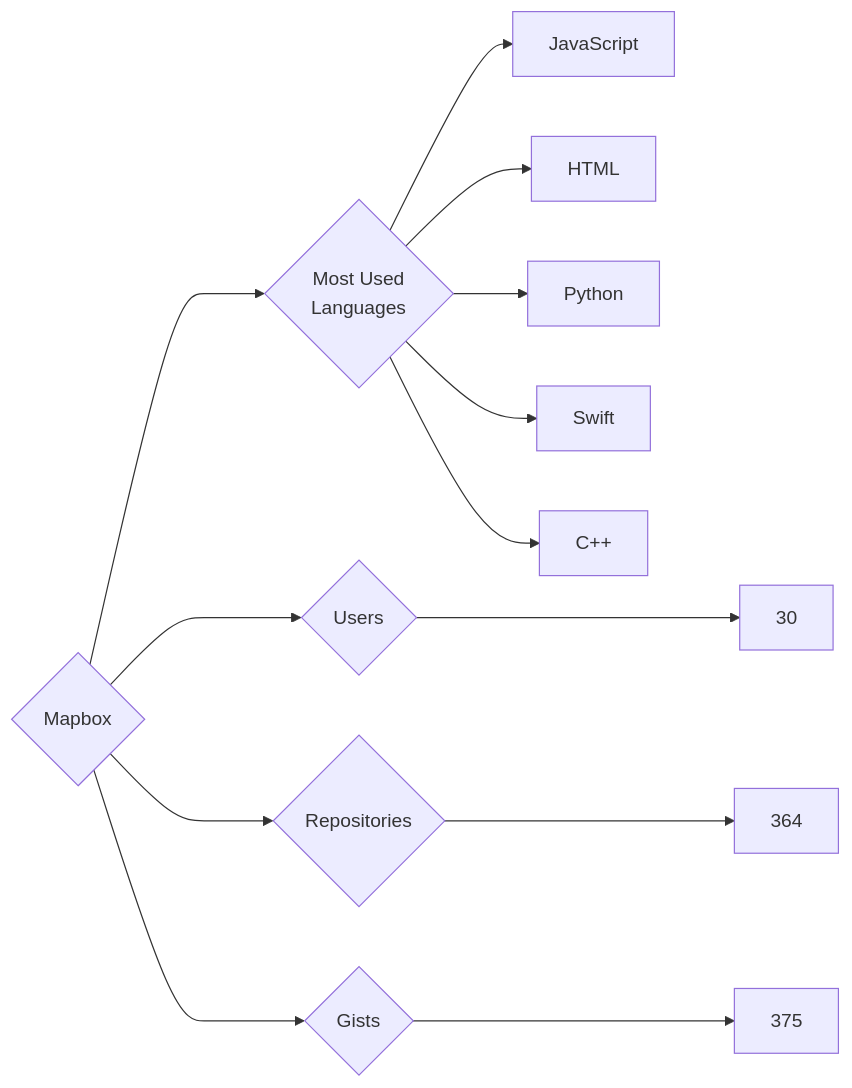
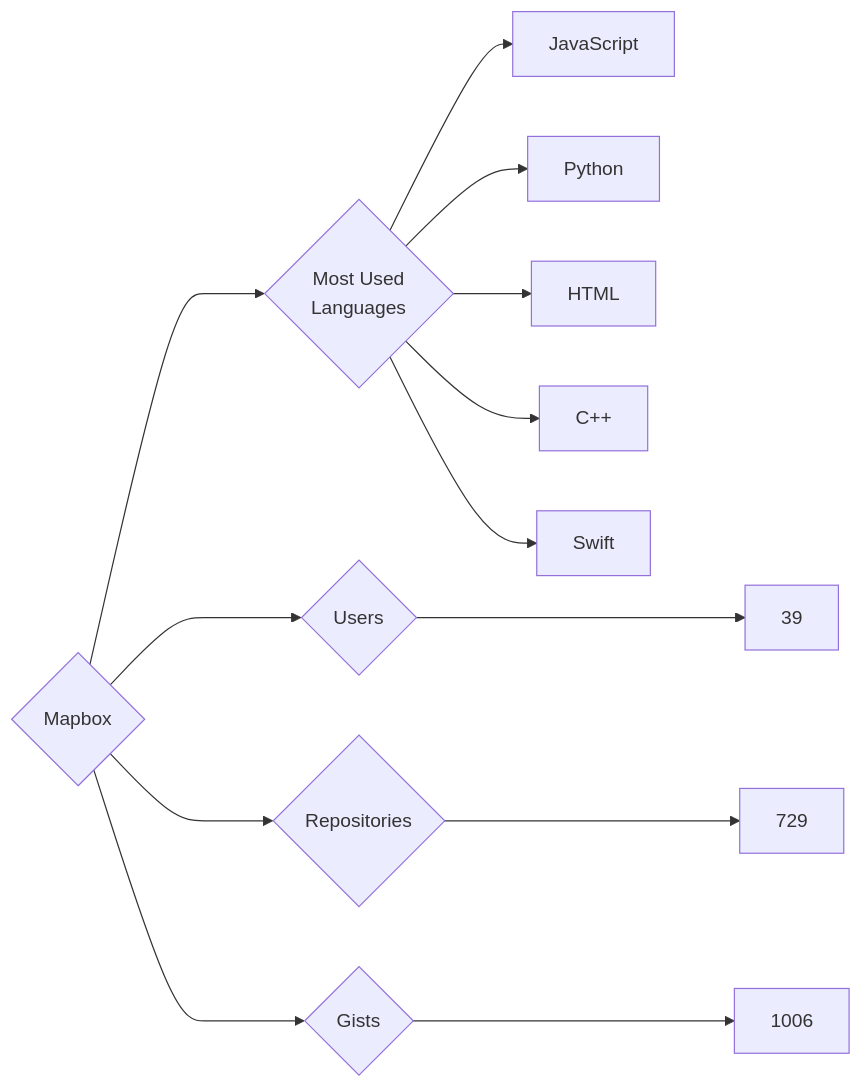
One commit to trickest/insiders changed the diagram in targets/Mapbox/README.md. Above: the diagram before and after it, drawn with Mermaid. The commit also changed 871 other files, not shown here.

````diff
--- a/targets/Mapbox/README.md
+++ b/targets/Mapbox/README.md
@@ -3,13 +3,13 @@
 ```mermaid
 graph LR
 COMPANY_NAME{Mapbox}
-COMPANY_NAME ---> U{Users} ---> UN[30]
-COMPANY_NAME ---> R{Repositories} ---> RN[364]
-COMPANY_NAME ---> G{Gists} ---> GN[375]
+COMPANY_NAME ---> U{Users} ---> UN[39]
+COMPANY_NAME ---> R{Repositories} ---> RN[729]
+COMPANY_NAME ---> G{Gists} ---> GN[1006]
 COMPANY_NAME ---> ML{Most Used<br>Languages}
 ML --> JavaScript[JavaScript]
+ML --> Python[Python]
 ML --> HTML[HTML]
-ML --> Python[Python]
+ML --> C++[C++]
 ML --> Swift[Swift]
-ML --> C++[C++]
 ```
````
